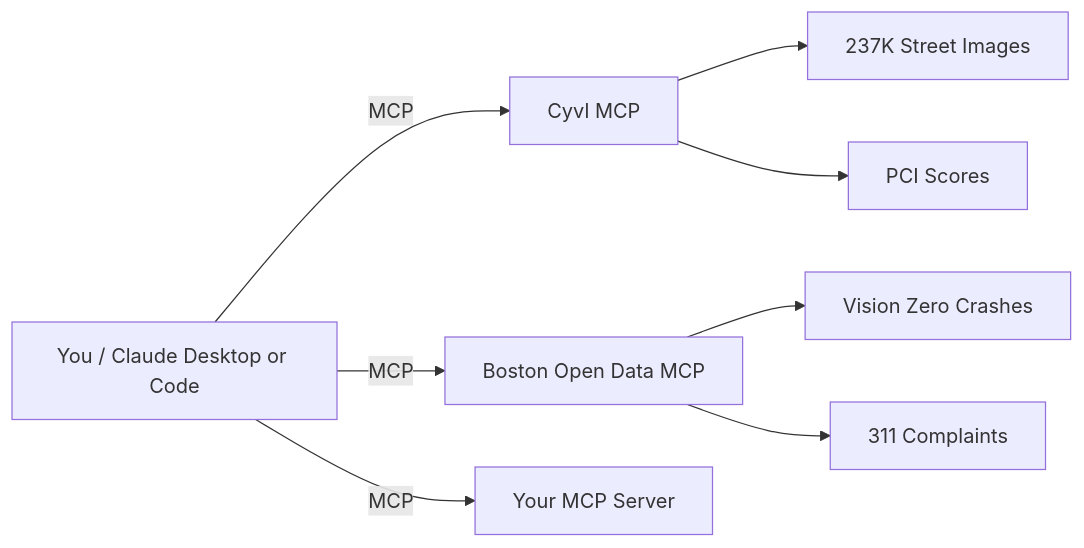
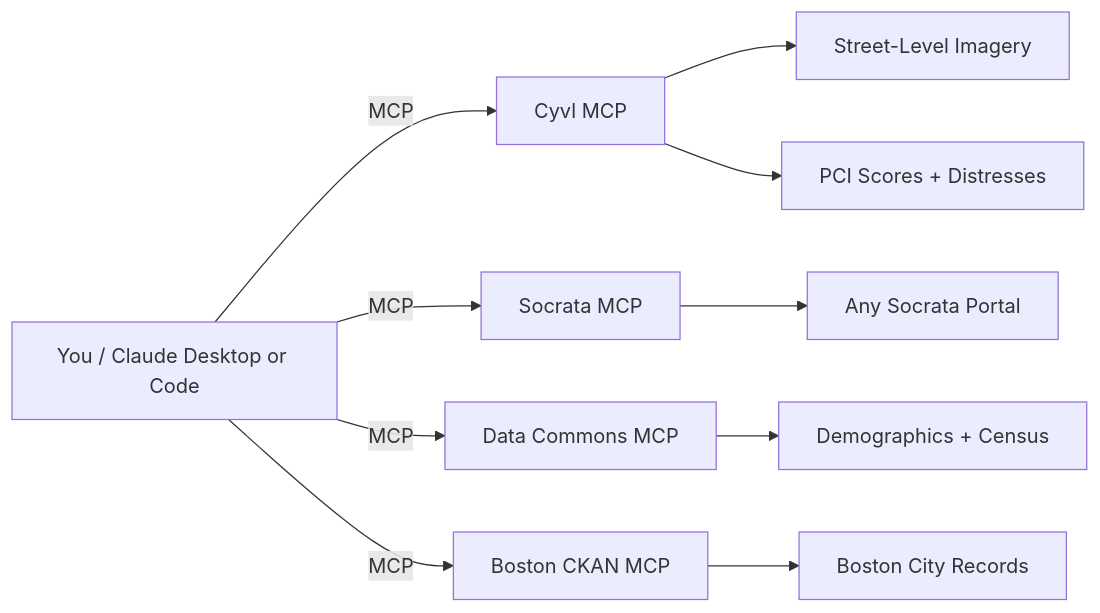
Before and after one commit to roadgnar/mcp-demo: the diagram in README.md, drawn with Mermaid. The commit also changed other lines of this file and 10 other files, not shown here.

First line of the commit message:
Make main branch city-agnostic with Cyvl as the star

````diff
--- a/README.md
+++ b/README.md
@@ -168,10 +34,12 @@
 ```mermaid
 graph LR
     User[You / Claude Desktop or Code] -->|MCP| Cyvl[Cyvl MCP]
-    User -->|MCP| Boston[Boston Open Data MCP]
-    User -->|MCP| Your[Your MCP Server]
-    Cyvl --> Images[237K Street Images]
-    Cyvl --> Pavement[PCI Scores]
-    Boston --> Crashes[Vision Zero Crashes]
-    Boston --> Complaints[311 Complaints]
+    User -->|MCP| Socrata[Socrata MCP]
+    User -->|MCP| DC[Data Commons MCP]
+    User -->|MCP| Boston[Boston CKAN MCP]
+    Cyvl --> Images[Street-Level Imagery]
+    Cyvl --> Pavement[PCI Scores + Distresses]
+    Socrata --> OpenData[Any Socrata Portal]
+    DC --> Stats[Demographics + Census]
+    Boston --> BostonData[Boston City Records]
 ```
````
